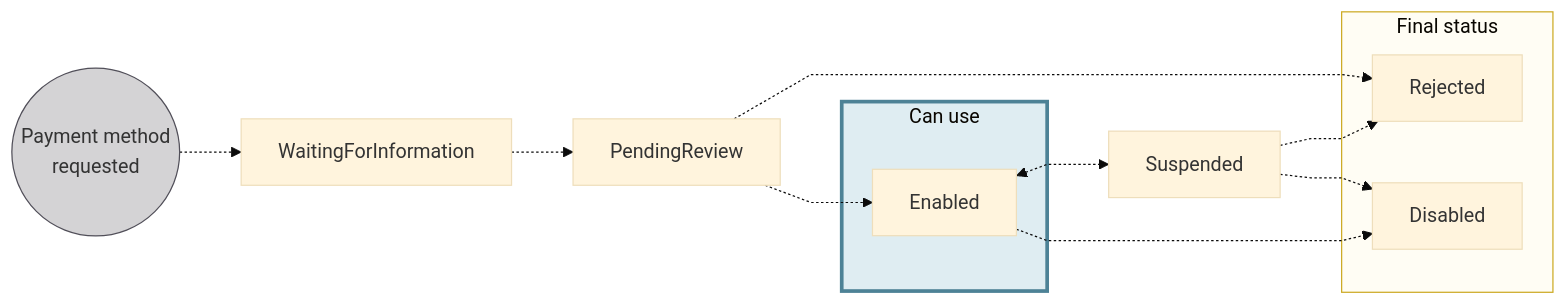
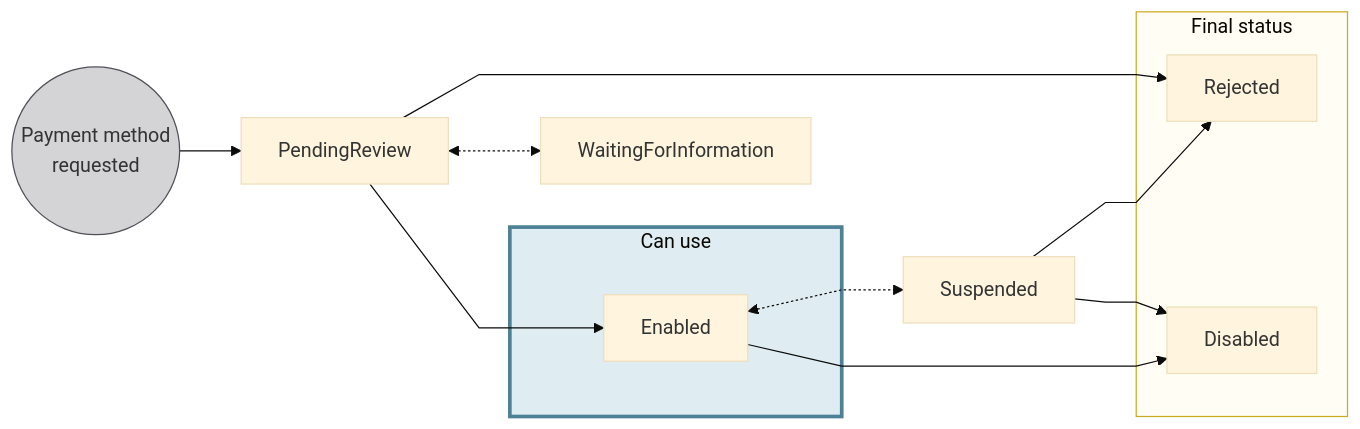
Before and after one commit to swan-io/docs: the second of 2 diagrams in docs/topics/merchants/index.mdx, drawn with Mermaid (base theme).

Commit message:
Update to payment method status diagram

````diff
--- a/docs/topics/merchants/index.mdx
+++ b/docs/topics/merchants/index.mdx
@@ -172,24 +172,27 @@
 ```mermaid
 %%{ init: { 'flowchart': { 'curve': 'linear' } } }%%
+
 flowchart LR
-    PMQ((Payment method<br/>requested)) -.-> WFI[WaitingForInformation]
-    WFI -.-> PR[PendingReview]
-    PR -.-> R[Rejected]
-    PR -.-> E[Enabled]
-    E <-.-> S[Suspended]
-    S -.-> R
-    S -.-> D[Disabled]
-    E -.-> D
 
-    subgraph U[Can use]
-        E
-    end
-    subgraph F[Final status]
-        D
-        R
-    end
+PMQ((Payment method<br/>requested)) --> PR[PendingReview]
+PR <-.-> WFI[WaitingForInformation]
+PR --> R[Rejected]
+PR --> E[Enabled]
+E <-.-> S[Suspended]
+S --> R
+S --> D[Disabled]
+E --> D
 
-    style PMQ fill:#D4D3D5,stroke:#514F59
-    style F fill:#fffdf4,stroke:#cca922
-    style U fill:#dfedf2,stroke:#4d8296, stroke-width:3px
+subgraph U[Can use]
+    E
+end
+
+subgraph F[Final status]
+    D
+    R
+end
+
+style PMQ fill:#D4D3D5,stroke:#514F59
+style F fill:#fffdf4,stroke:#cca922
+style U fill:#dfedf2,stroke:#4d8296, stroke-width:3px
 ```
````
